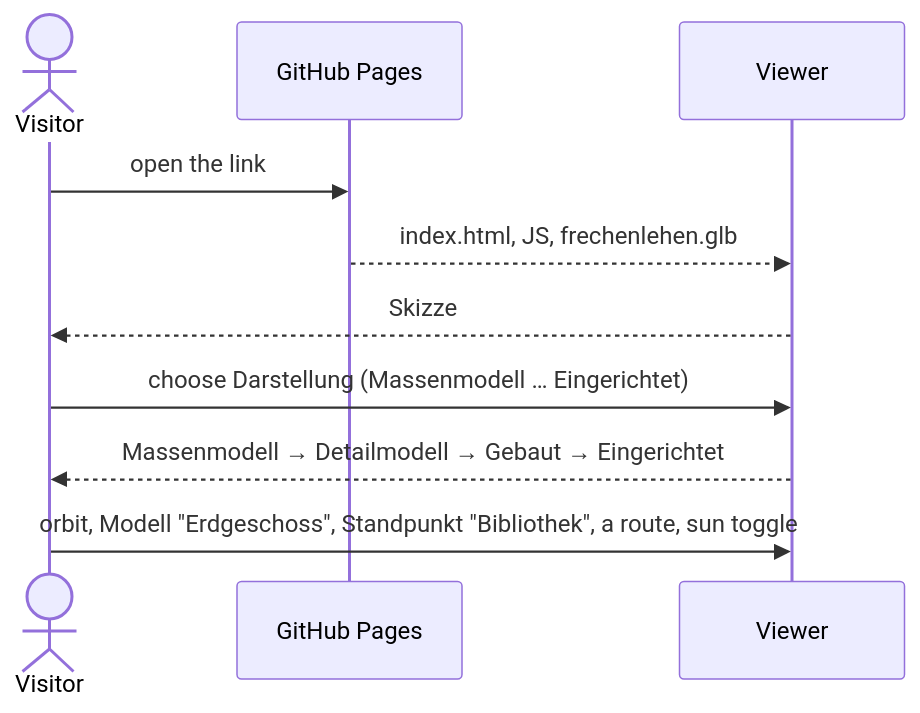
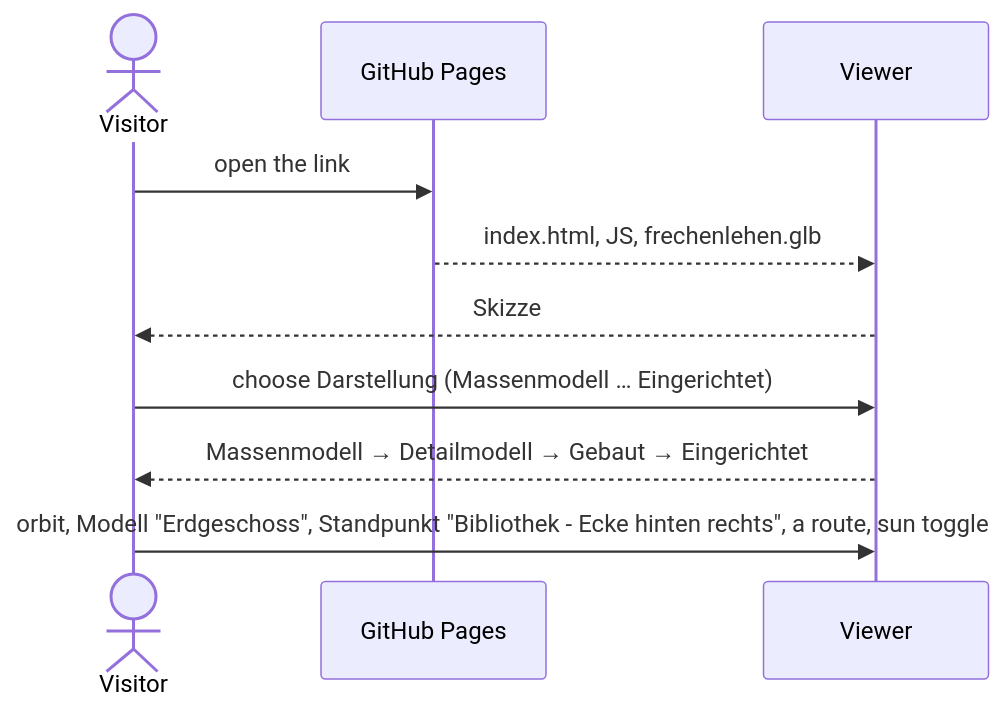
Before and after one commit to tillg/frechen_blender: the second of 2 diagrams in specs/system/functional.md, drawn with Mermaid. The commit also changed other lines of this file and 6 other files, not shown here.

````diff
--- a/specs/system/functional.md
+++ b/specs/system/functional.md
@@ -294,12 +295,12 @@
 ```mermaid
 sequenceDiagram
     actor Visitor
     participant P as GitHub Pages
     participant V as Viewer
     Visitor->>P: open the link
     P-->>V: index.html, JS, frechenlehen.glb
     V-->>Visitor: Skizze
     Visitor->>V: choose Darstellung (Massenmodell … Eingerichtet)
     V-->>Visitor: Massenmodell → Detailmodell → Gebaut → Eingerichtet
-    Visitor->>V: orbit, Modell "Erdgeschoss", Standpunkt "Bibliothek", a route, sun toggle
+    Visitor->>V: orbit, Modell "Erdgeschoss", Standpunkt "Bibliothek - Ecke hinten rechts", a route, sun toggle
 ```
````
